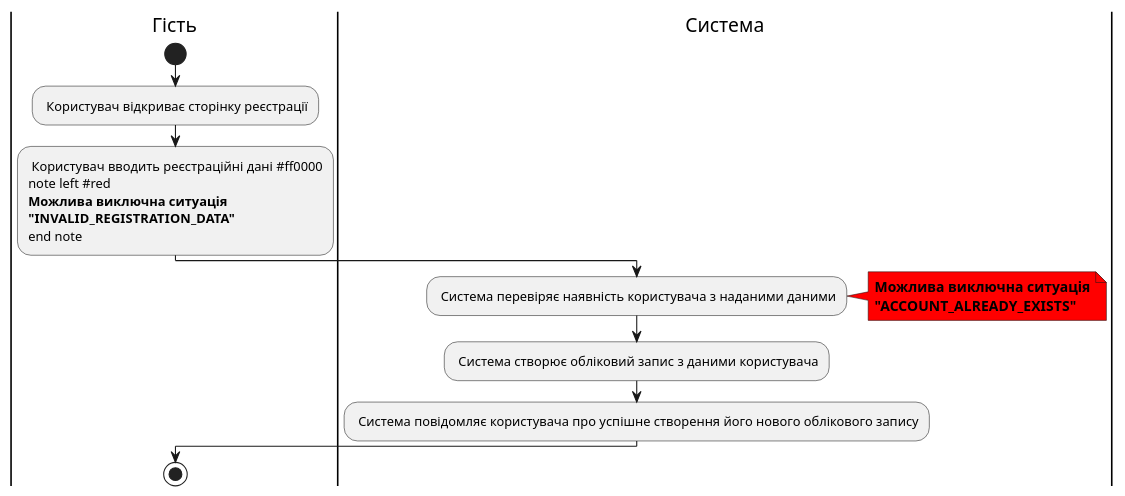
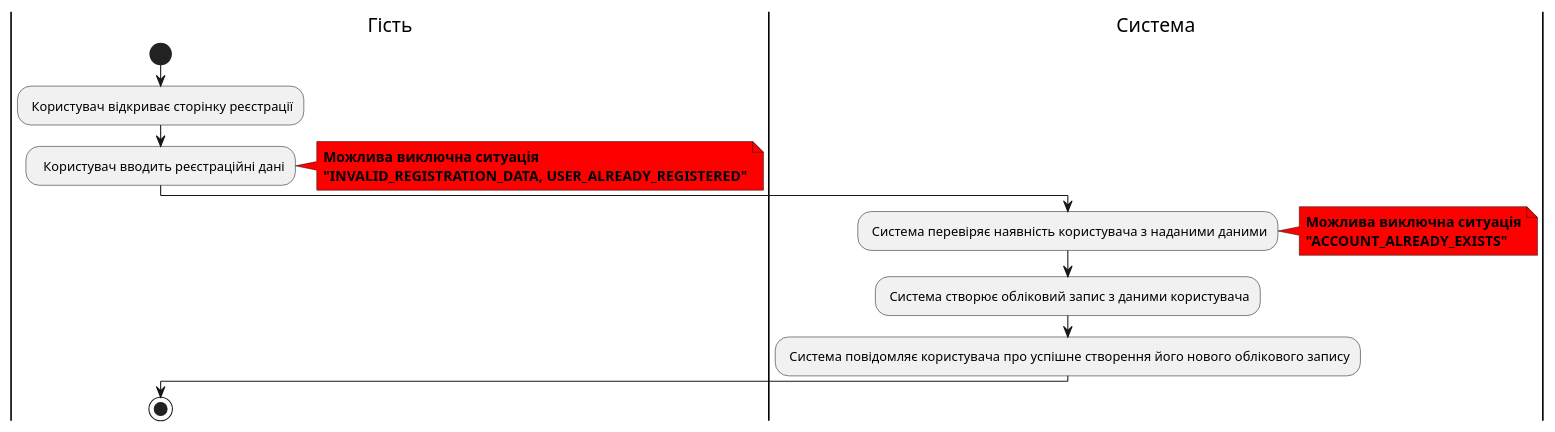
One commit to zhkcll/lab6 changed the fifth of 6 diagrams in docs/use_cases.md. Above: the diagram before and after it, drawn with PlantUML.

````diff
--- a/docs/use_cases.md
+++ b/docs/use_cases.md
@@ -135,26 +135,25 @@
 ```plantuml
 @startuml
-
 |Гість|
 start
 : Користувач відкриває сторінку реєстрації;
-: Користувач вводить реєстраційні дані #ff0000
-note left #red
+:  Користувач вводить реєстраційні дані;
+note right #ff0000
 <b>Можлива виключна ситуація</b>
-<b>"INVALID_REGISTRATION_DATA"</b>
-end note;
+<b>"INVALID_REGISTRATION_DATA, USER_ALREADY_REGISTERED"</b>
+end note
 
 |Система|
 : Система перевіряє наявність користувача з наданими даними;
 note right #ff0000
 <b>Можлива виключна ситуація</b>
 <b>"ACCOUNT_ALREADY_EXISTS"</b>
 end note
 : Система створює обліковий запис з даними користувача;
 : Система повідомляє користувача про успішне створення його нового облікового запису;
 
 |Гість|
 stop
 
 @enduml
 ```
````
